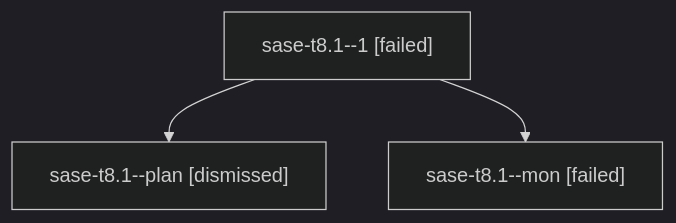
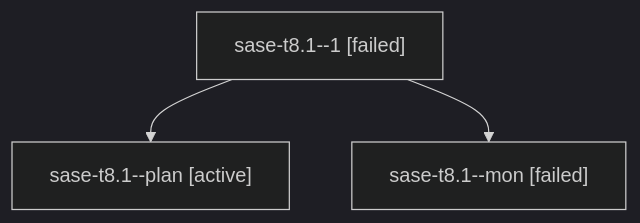
The diagram in families/bbugyi200.athena.sase-t8.1.md (sase-org/sase--agents), drawn with Mermaid (dark theme) before and after one commit. The commit also changed other lines of this file and 35830 other files, not shown here.

````diff
--- a/families/bbugyi200.athena.sase-t8.1.md
+++ b/families/bbugyi200.athena.sase-t8.1.md
@@ -9,8 +9,8 @@
 ```mermaid
 flowchart TD
   n0["sase-t8.1--1 [failed]"]
-  n1["sase-t8.1--plan [dismissed]"]
+  n1["sase-t8.1--plan [active]"]
   n0 --> n1
   n2["sase-t8.1--mon [failed]"]
   n0 --> n2
 ```
````
